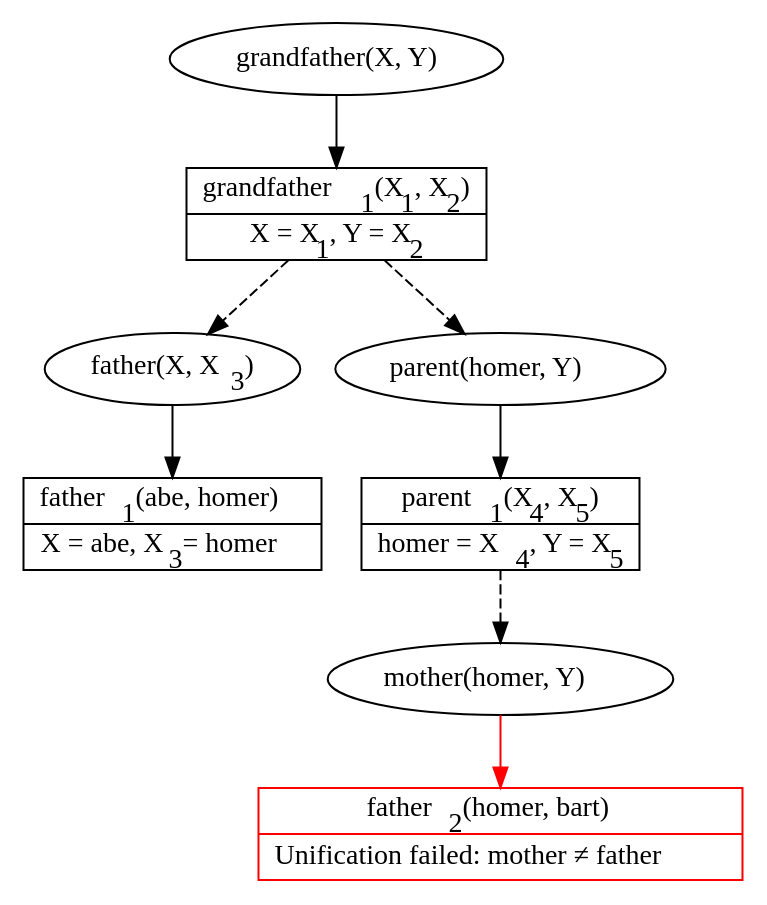
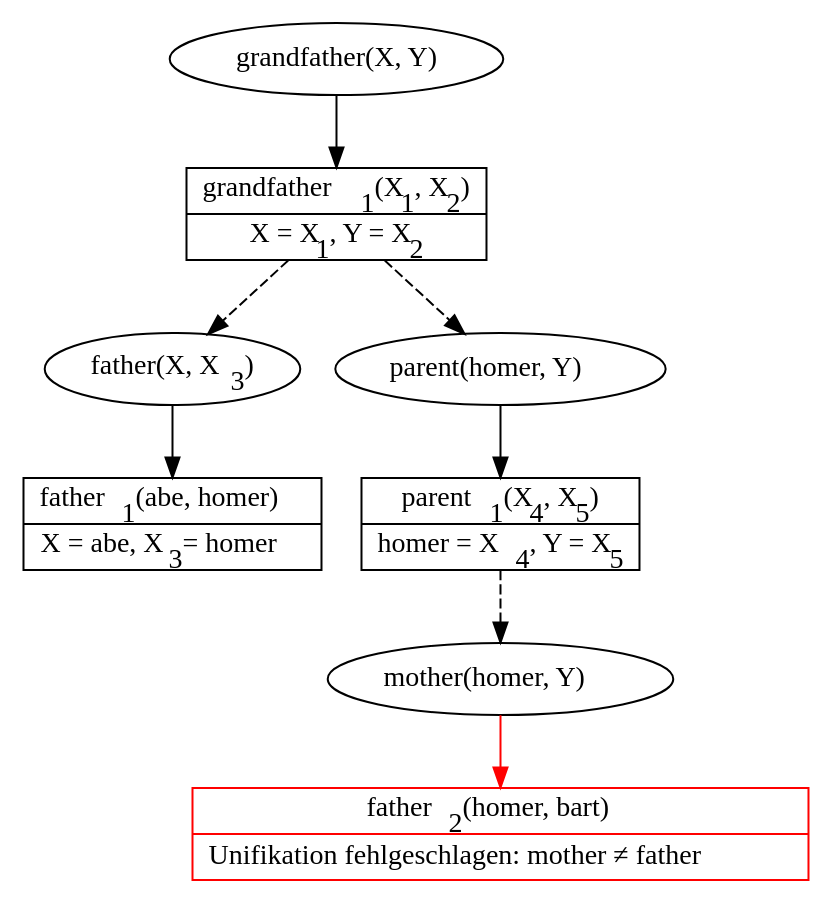
One commit to pbrinkmeier/viper changed the diagram in Documentation/Pflichtenheft/image/visualisation/07_mother_fail1.gv. Above: the diagram before and after it, drawn with Graphviz. The commit also changed 12 other files, not shown here.

```diff
--- a/Documentation/Pflichtenheft/image/visualisation/07_mother_fail1.gv
+++ b/Documentation/Pflichtenheft/image/visualisation/07_mother_fail1.gv
@@ -1,44 +1,44 @@
 digraph VIPER_visualization_root {
     node [fontname = "Fira Mono"];
 
     root [label = "grandfather(X, Y)"];
     root_success [
         // enables having multiple boxes inside a node
         shape = record,
         // using < and > instead of quotes for delimiting a label makes it possible to use (a subset of) HTML in it
         // { A | B } makes A and B be in two separate boxes stacked on top of each other
         label = <{grandfather<sub>1</sub>(X<sub>1</sub>, X<sub>2</sub>)|X = X<sub>1</sub>, Y = X<sub>2</sub>}>
     ];
     subgoal1 [label = <father(X, X<sub>3</sub>)>];
     subgoal2 [label = <parent(homer, Y)>];
     subgoal1_success [
         shape = record,
         label = <{father<sub>1</sub>(abe, homer)|X = abe, X<sub>3</sub> = homer}>
     ];
     subgoal2_success [
         shape = record,
         label = <{parent<sub>1</sub>(X<sub>4</sub>, X<sub>5</sub>)|homer = X<sub>4</sub>, Y = X<sub>5</sub>}>
     ];
     subgoal2_success_mother [
         label = <mother(homer, Y)>
     ];
     mother_fail [
         shape = record,
         color = red,
-        label = <{father<sub>2</sub>(homer, bart)|Unification failed: mother ≠ father}>
+        label = <{father<sub>2</sub>(homer, bart)|Unifikation fehlgeschlagen: mother ≠ father}>
     ];
 
     // this ensures that subgoal1 is always left of subgoal2
     // and that they are always on the same level
     // try commenting the rank = same line and see what happens
     {rank = same; subgoal1; subgoal2}
     subgoal1 -> subgoal2 [style = invis];
 
     root -> root_success;
     root_success -> subgoal1 [style = dashed];
     root_success -> subgoal2 [style = dashed];
     subgoal1 -> subgoal1_success;
     subgoal2 -> subgoal2_success;
     subgoal2_success -> subgoal2_success_mother [style = dashed];
     subgoal2_success_mother -> mother_fail [color = red];
 }
```
